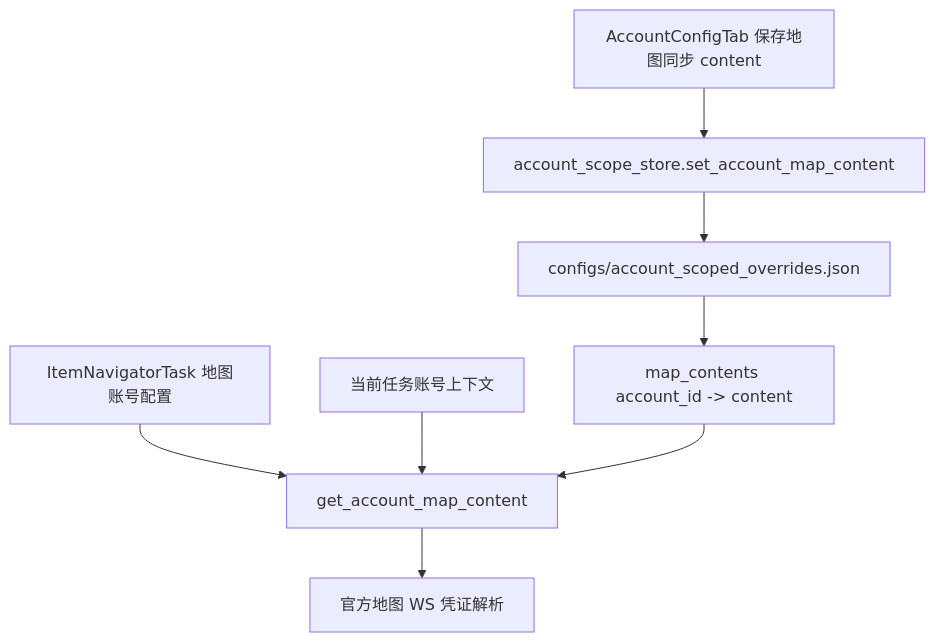
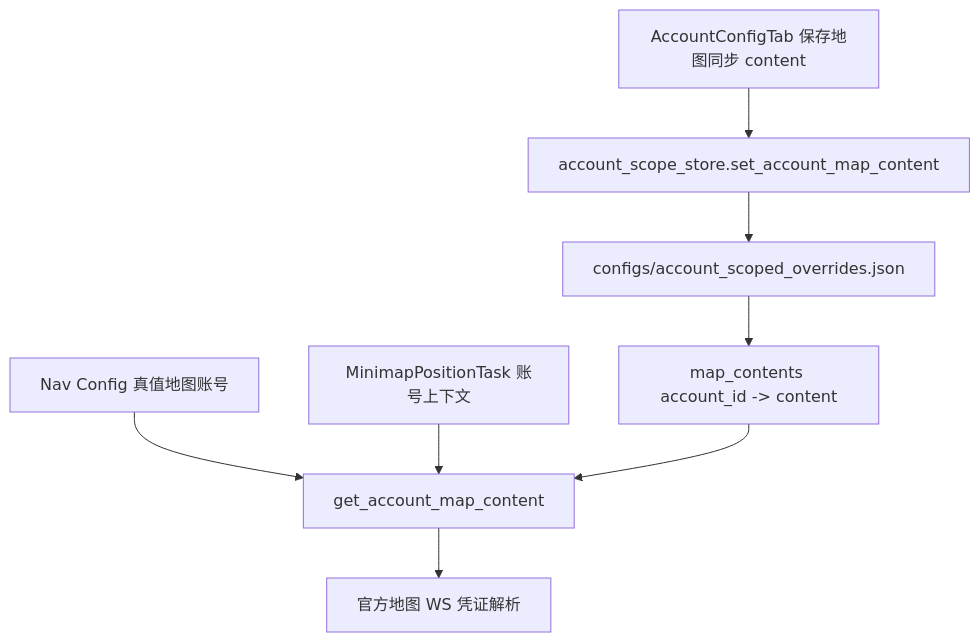
The third of 5 diagrams in docs/dev/地图官方WS客户端实现.md (AliceJump/ok-end-field), drawn with Mermaid before and after one commit. The commit also changed other lines of this file and 59 other files, not shown here.

````diff
--- a/docs/dev/地图官方WS客户端实现.md
+++ b/docs/dev/地图官方WS客户端实现.md
@@ -105,10 +108,10 @@
 ```mermaid
 flowchart TD
     A[AccountConfigTab 保存地图同步 content] --> B[account_scope_store.set_account_map_content]
     B --> C[configs/account_scoped_overrides.json]
     C --> D[map_contents account_id -> content]
-    E[ItemNavigatorTask 地图账号配置] --> F[get_account_map_content]
-    G[当前任务账号上下文] --> F
+    E[Nav Config 真值地图账号] --> F[get_account_map_content]
+    G[MinimapPositionTask 账号上下文] --> F
     D --> F
     F --> H[官方地图 WS 凭证解析]
 ```
````
